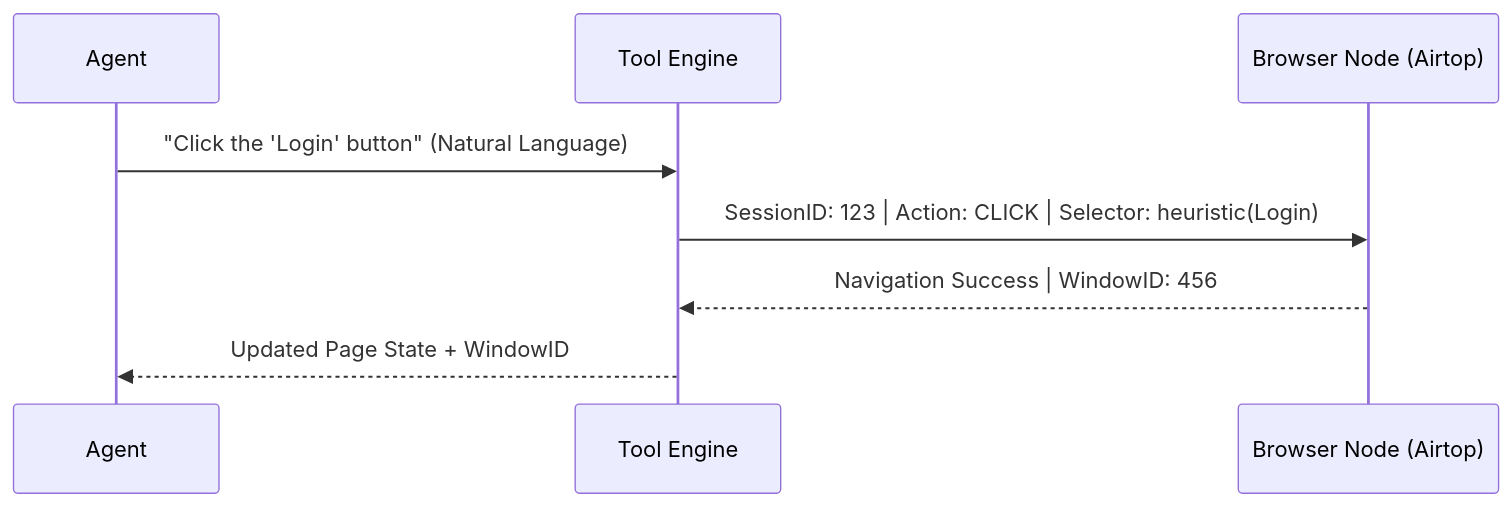
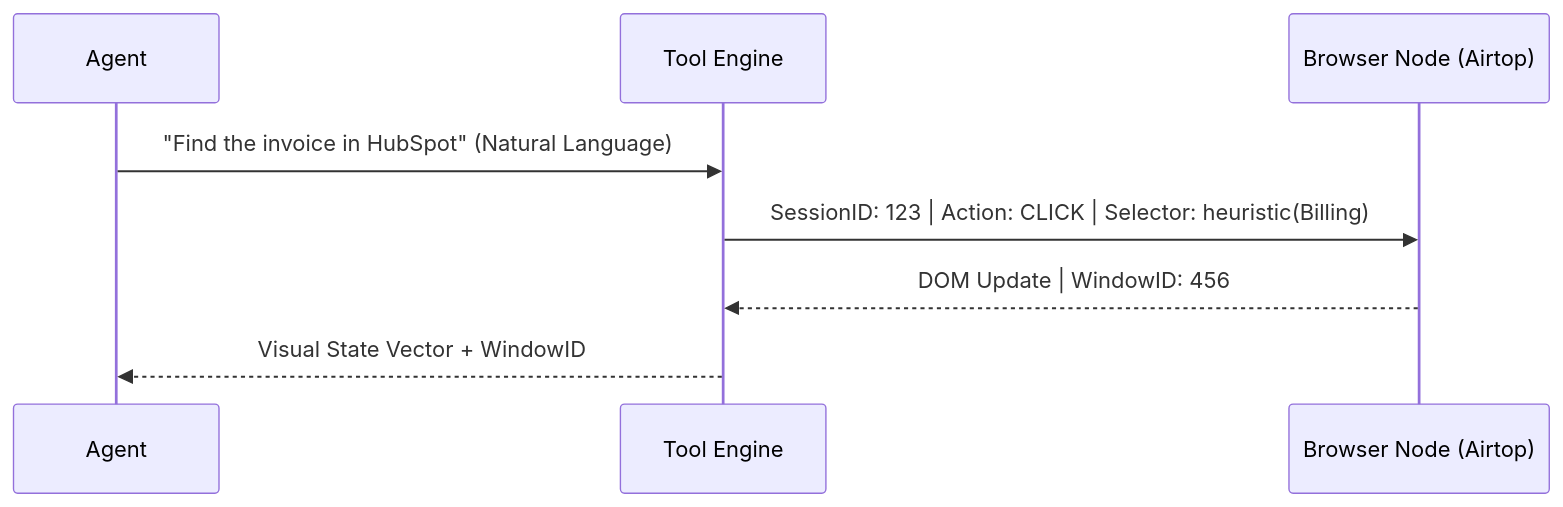
One commit to alfadilmed/Workforce-ai-CDC changed the diagram in RELEVANCE_AI_TECHNICAL_AUDIT.md. Above: the diagram before and after it, drawn with Mermaid. The commit also changed other lines of this file and 1 other file, not shown here.

````diff
--- a/RELEVANCE_AI_TECHNICAL_AUDIT.md
+++ b/RELEVANCE_AI_TECHNICAL_AUDIT.md
@@ -98,11 +102,11 @@
 ```mermaid
 sequenceDiagram
     participant A as Agent
     participant T as Tool Engine
     participant B as Browser Node (Airtop)
 
-    A->>T: "Click the 'Login' button" (Natural Language)
-    T->>B: SessionID: 123 | Action: CLICK | Selector: heuristic(Login)
-    B-->>T: Navigation Success | WindowID: 456
-    T-->>A: Updated Page State + WindowID
+    A->>T: "Find the invoice in HubSpot" (Natural Language)
+    T->>B: SessionID: 123 | Action: CLICK | Selector: heuristic(Billing)
+    B-->>T: DOM Update | WindowID: 456
+    T-->>A: Visual State Vector + WindowID
 ```
````
